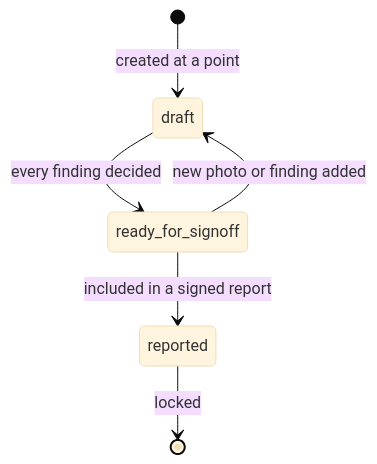
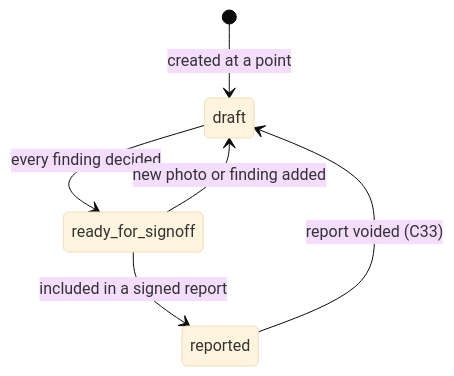
The fourth of 5 diagrams in docs/domain-model.md (Muddyscode/Anode), drawn with Mermaid (base theme) before and after one commit. The commit also changed other lines of this file and 2 other files, not shown here.

````diff
--- a/docs/domain-model.md
+++ b/docs/domain-model.md
@@ -592,8 +643,8 @@
 ```mermaid
 stateDiagram-v2
     [*] --> draft: created at a point
     draft --> ready_for_signoff: every finding decided
     ready_for_signoff --> draft: new photo or finding added
     ready_for_signoff --> reported: included in a signed report
-    reported --> [*]: locked
+    reported --> draft: report voided (C33)
 ```
````
